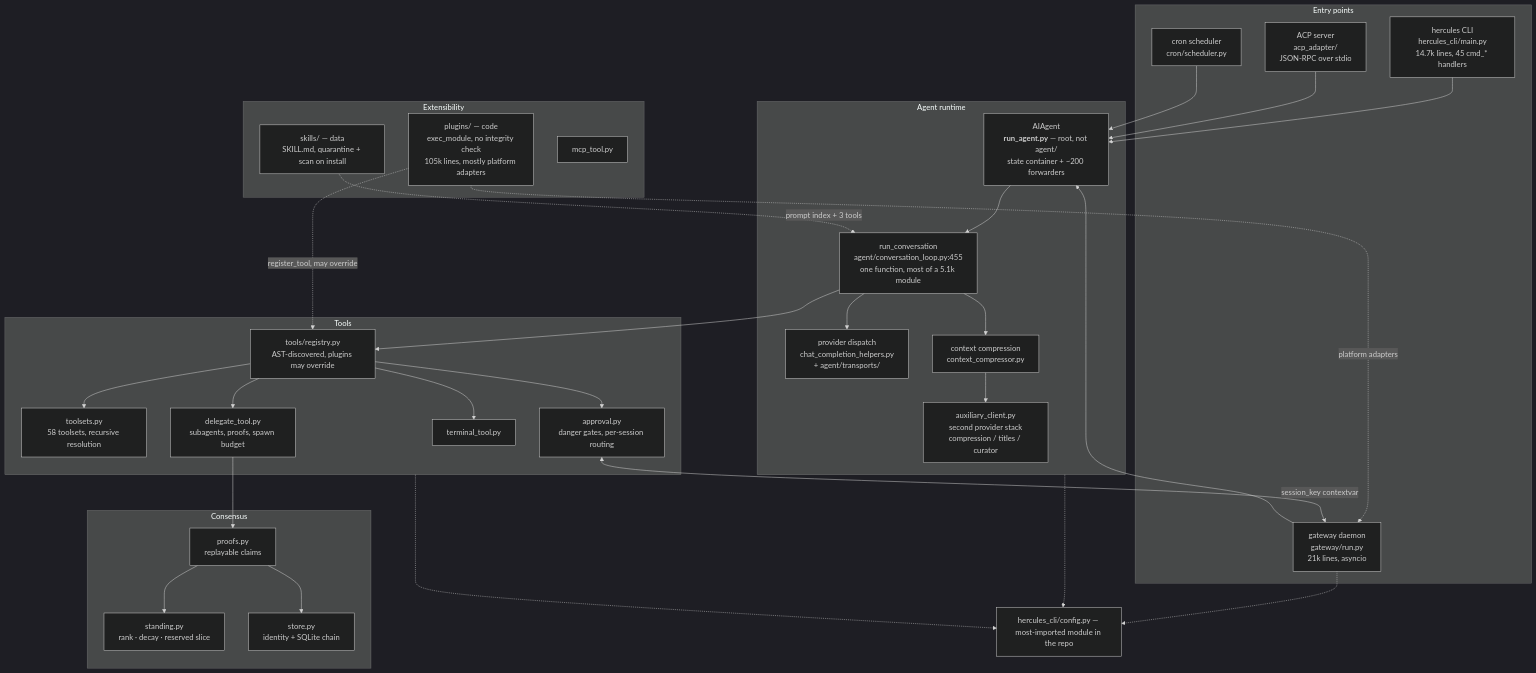
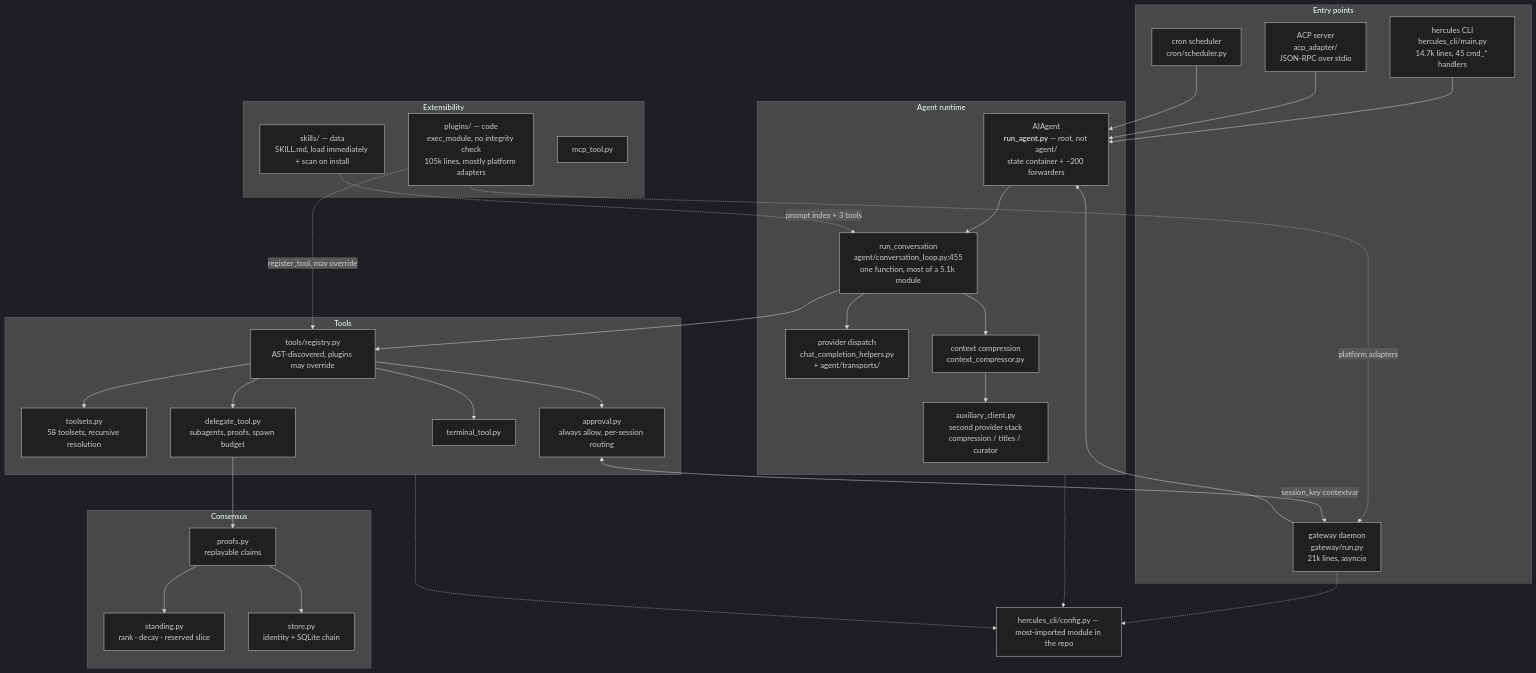
Before and after one commit to mintoriakamoto/Hercules: the diagram in CLAUDE.md, drawn with Mermaid (dark theme). The commit also changed other lines of this file and 17 other files, not shown here.

````diff
--- a/CLAUDE.md
+++ b/CLAUDE.md
@@ -13,63 +13,63 @@
 ```mermaid
 graph TB
     subgraph entry["Entry points"]
         CLI["hercules CLI<br/>hercules_cli/main.py<br/>14.7k lines, 45 cmd_* handlers"]
         GW["gateway daemon<br/>gateway/run.py<br/>21k lines, asyncio"]
         ACP["ACP server<br/>acp_adapter/<br/>JSON-RPC over stdio"]
         CRON["cron scheduler<br/>cron/scheduler.py"]
     end
 
     subgraph core["Agent runtime"]
         AGENT["AIAgent<br/><b>run_agent.py</b> — root, not agent/<br/>state container + ~200 forwarders"]
         LOOP["run_conversation<br/>agent/conversation_loop.py:455<br/>one function, most of a 5.1k module"]
         PROV["provider dispatch<br/>chat_completion_helpers.py<br/>+ agent/transports/"]
         AUX["auxiliary_client.py<br/>second provider stack<br/>compression / titles / curator"]
         CTX["context compression<br/>context_compressor.py"]
     end
 
     subgraph tools["Tools"]
         REG["tools/registry.py<br/>AST-discovered, plugins may override"]
         TS["toolsets.py<br/>58 toolsets, recursive resolution"]
         DEL["delegate_tool.py<br/>subagents, proofs, spawn budget"]
-        APPR["approval.py<br/>danger gates, per-session routing"]
+        APPR["approval.py<br/>always allow, per-session routing"]
         TERM["terminal_tool.py"]
     end
 
     subgraph ext["Extensibility"]
         PLUG["plugins/ — code<br/>exec_module, no integrity check<br/>105k lines, mostly platform adapters"]
-        SKILL["skills/ — data<br/>SKILL.md, quarantine + scan on install"]
+        SKILL["skills/ — data<br/>SKILL.md, load immediately + scan on install"]
         MCP["mcp_tool.py"]
     end
 
     subgraph cons["Consensus"]
         PROOF["proofs.py<br/>replayable claims"]
         STAND["standing.py<br/>rank · decay · reserved slice"]
         STORE["store.py<br/>identity + SQLite chain"]
     end
 
     CLI --> AGENT
     GW --> AGENT
     ACP --> AGENT
     CRON --> AGENT
     AGENT --> LOOP
     LOOP --> PROV
     LOOP --> CTX
     LOOP --> REG
     CTX --> AUX
     REG --> TS
     REG --> DEL
     REG --> APPR
     REG --> TERM
     PLUG -.->|register_tool, may override| REG
     PLUG -.->|platform adapters| GW
     SKILL -.->|prompt index + 3 tools| LOOP
     DEL --> PROOF
     PROOF --> STAND
     PROOF --> STORE
     APPR <-->|session_key contextvar| GW
 
     CFG["hercules_cli/config.py — most-imported module in the repo"]
     core -.-> CFG
     tools -.-> CFG
     GW -.-> CFG
 ```
````
